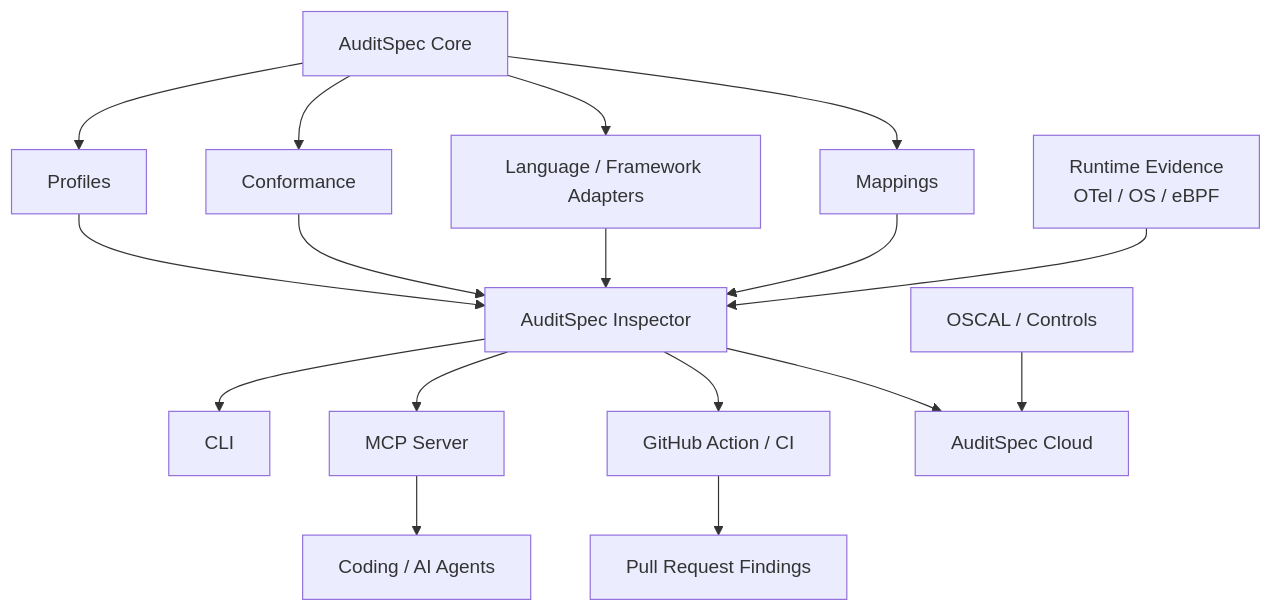
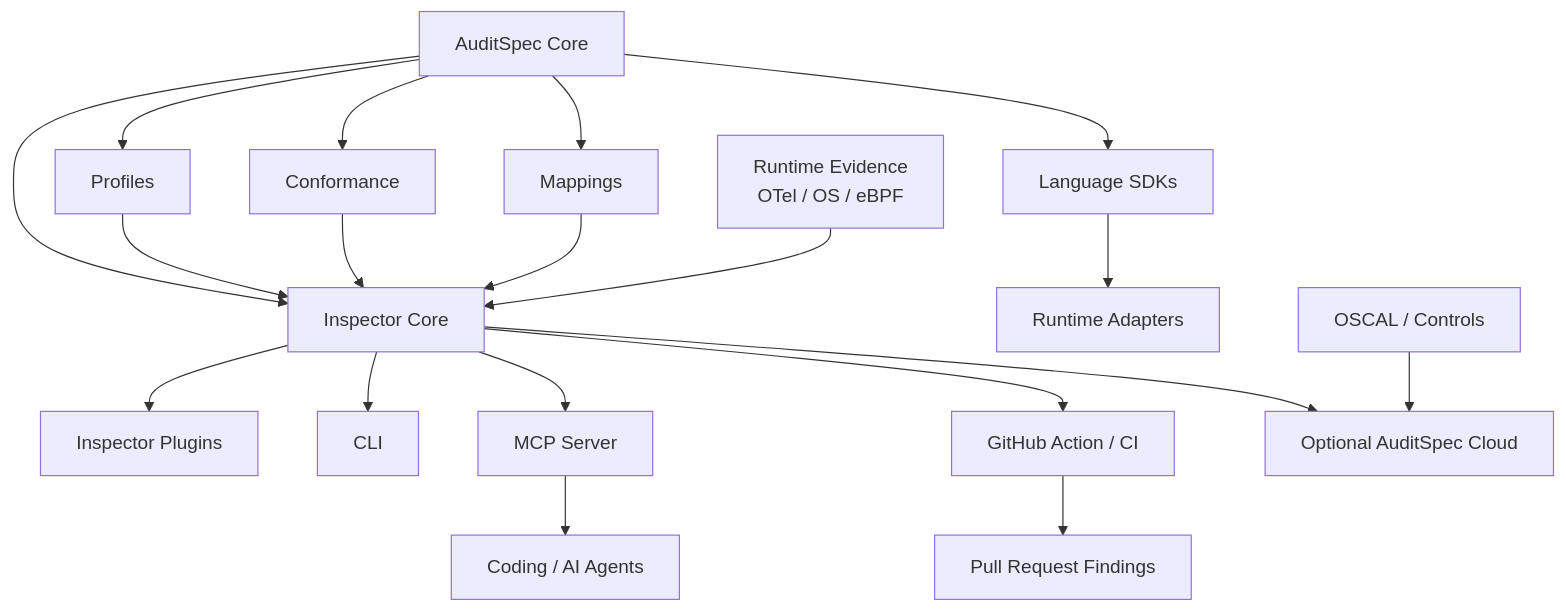
Before and after one commit to sergii/auditspec: the first of 7 diagrams in docs/architecture.md, drawn with Mermaid. The commit also changed other lines of this file, not shown here.

Commit message:
Define Core and extension dependency boundaries

````diff
--- a/docs/architecture.md
+++ b/docs/architecture.md
@@ -7,22 +164,25 @@
 ```mermaid
 flowchart TD
     Core[AuditSpec Core] --> Profiles[Profiles]
     Core --> Conformance[Conformance]
     Core --> Mappings[Mappings]
-    Core --> Adapters[Language / Framework Adapters]
+    Core --> SDKs[Language SDKs]
 
-    Profiles --> Inspector[AuditSpec Inspector]
+    Core --> Inspector[Inspector Core]
+    SDKs --> Adapters[Runtime Adapters]
+    Inspector --> Plugins[Inspector Plugins]
+
+    Profiles --> Inspector
     Conformance --> Inspector
-    Adapters --> Inspector
     Mappings --> Inspector
 
     Inspector --> CLI[CLI]
     Inspector --> MCP[MCP Server]
     Inspector --> CI[GitHub Action / CI]
-    Inspector --> Cloud[AuditSpec Cloud]
+    Inspector --> Cloud[Optional AuditSpec Cloud]
 
     Evidence[Runtime Evidence\nOTel / OS / eBPF] --> Inspector
     Compliance[OSCAL / Controls] --> Cloud
     MCP --> Agents[Coding / AI Agents]
     CI --> PR[Pull Request Findings]
 ```
````
